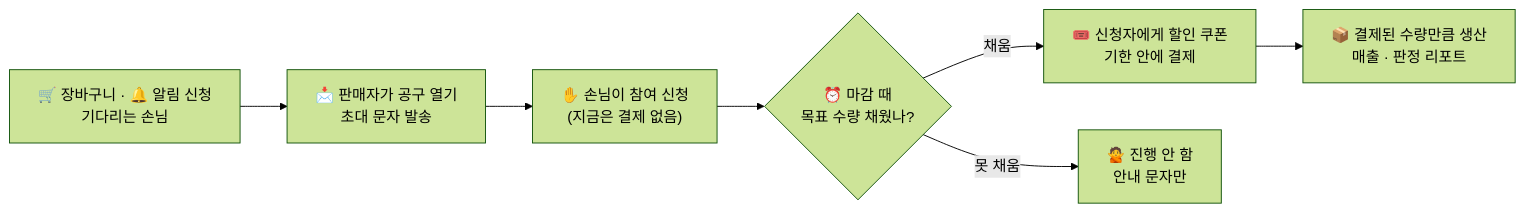
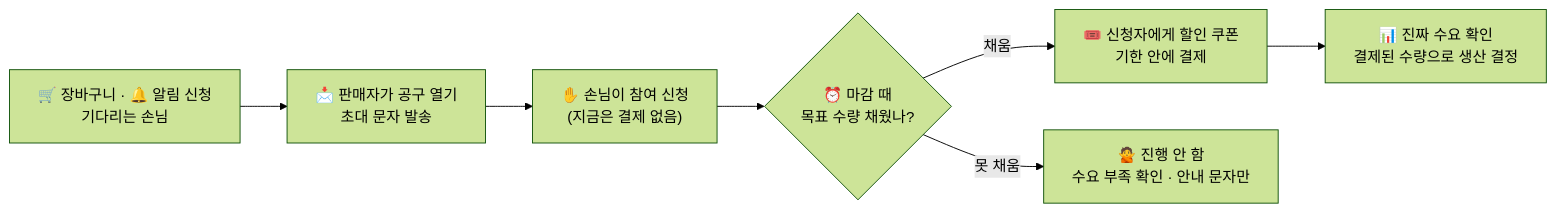
One commit to bobo33772-blip/HOP changed the diagram in README.md. Above: the diagram before and after it, drawn with Mermaid (forest theme). The commit also changed other lines of this file and 5 other files, not shown here.

````diff
--- a/README.md
+++ b/README.md
@@ -37,9 +40,9 @@
 ```mermaid
 flowchart LR
     A["🛒 장바구니 · 🔔 알림 신청<br/>기다리는 손님"] --> B["📩 판매자가 공구 열기<br/>초대 문자 발송"]
     B --> C["✋ 손님이 참여 신청<br/>(지금은 결제 없음)"]
     C --> D{"⏰ 마감 때<br/>목표 수량 채웠나?"}
     D -- "채움" --> E["🎟️ 신청자에게 할인 쿠폰<br/>기한 안에 결제"]
-    D -- "못 채움" --> F["🙅 진행 안 함<br/>안내 문자만"]
-    E --> G["📦 결제된 수량만큼 생산<br/>매출 · 판정 리포트"]
+    D -- "못 채움" --> F["🙅 진행 안 함<br/>수요 부족 확인 · 안내 문자만"]
+    E --> G["📊 진짜 수요 확인<br/>결제된 수량으로 생산 결정"]
 ```
````
